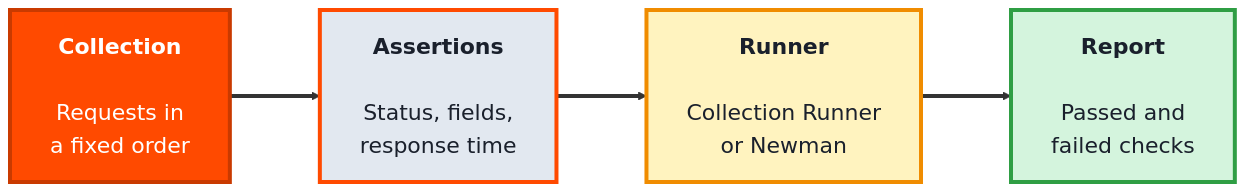
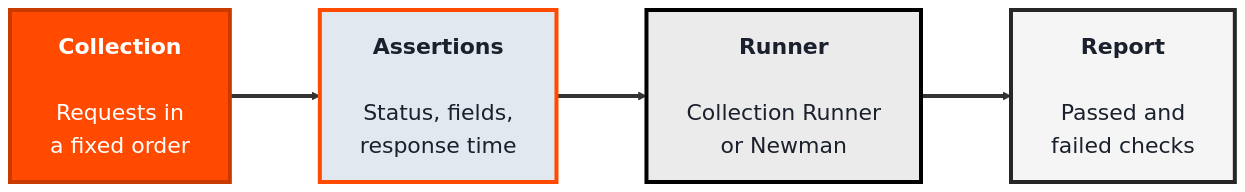
Before and after one commit to SHEMODELTECH/shemodeltech: the third of 3 diagrams in src/Pages/courses/TechQA/module-4-api-testing.md, drawn with Mermaid. The commit also changed other lines of this file and 46 other files, not shown here.

````diff
--- a/src/Pages/courses/TechQA/module-4-api-testing.md
+++ b/src/Pages/courses/TechQA/module-4-api-testing.md
@@ -148,16 +148,16 @@
 ```mermaid
 %%{init: {'theme':'base', 'themeVariables': {'fontSize':'22px', 'primaryTextColor':'#1a202c', 'primaryBorderColor':'#c93a00', 'lineColor':'#333333'}, 'flowchart': {'nodeSpacing': 70, 'rankSpacing': 90, 'padding': 20}}}%%
 flowchart LR
     C["<b>Collection</b><br/><br/>Requests in<br/>a fixed order"]
     A["<b>Assertions</b><br/><br/>Status, fields,<br/>response time"]
     RUN["<b>Runner</b><br/><br/>Collection Runner<br/>or Newman"]
     REP["<b>Report</b><br/><br/>Passed and<br/>failed checks"]
 
     C ==> A ==> RUN ==> REP
 
     style C fill:#ff4a00,color:#fff,stroke:#c93a00,stroke-width:4px
     style A fill:#e2e8f0,color:#1a202c,stroke:#ff4a00,stroke-width:4px
-    style RUN fill:#fff3bf,color:#1a202c,stroke:#f08c00,stroke-width:4px
-    style REP fill:#d4f4dd,color:#1a202c,stroke:#2f9e44,stroke-width:4px
+    style RUN fill:#EBEBEB,color:#1a202c,stroke:#000000,stroke-width:4px
+    style REP fill:#F5F5F5,color:#1a202c,stroke:#262626,stroke-width:4px
     linkStyle default stroke-width:4px,stroke:#333333
 ```
````
